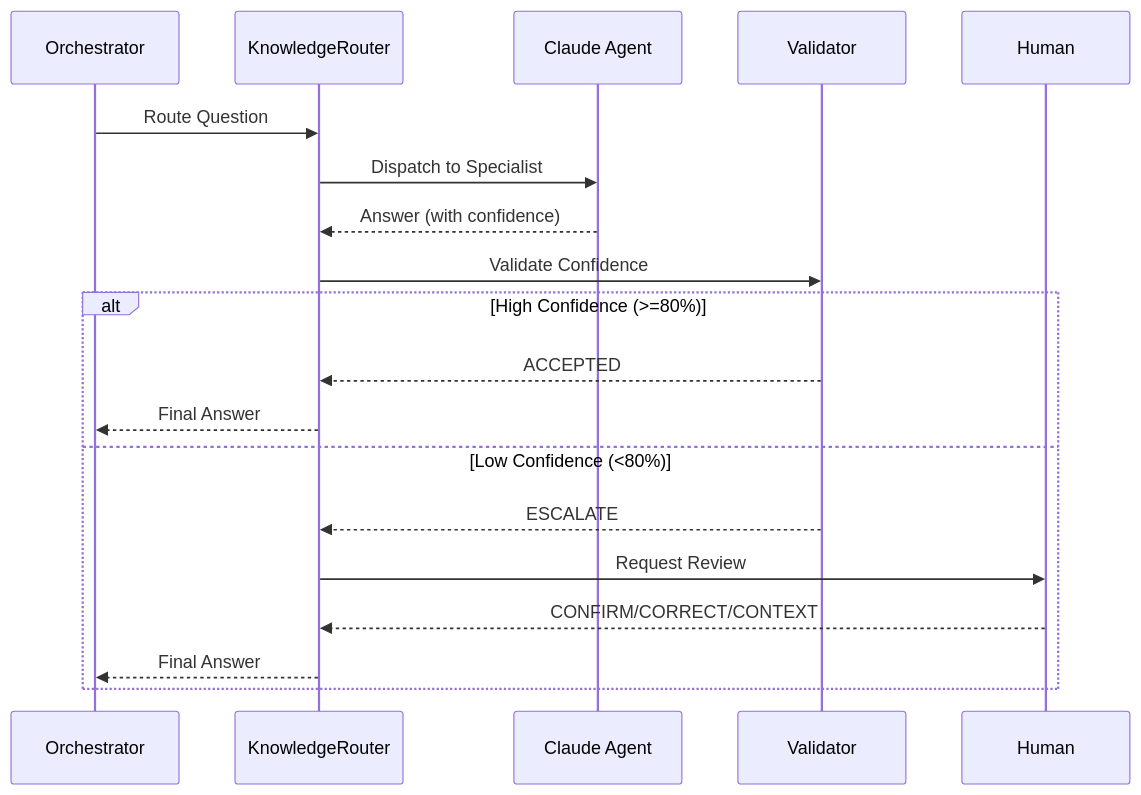
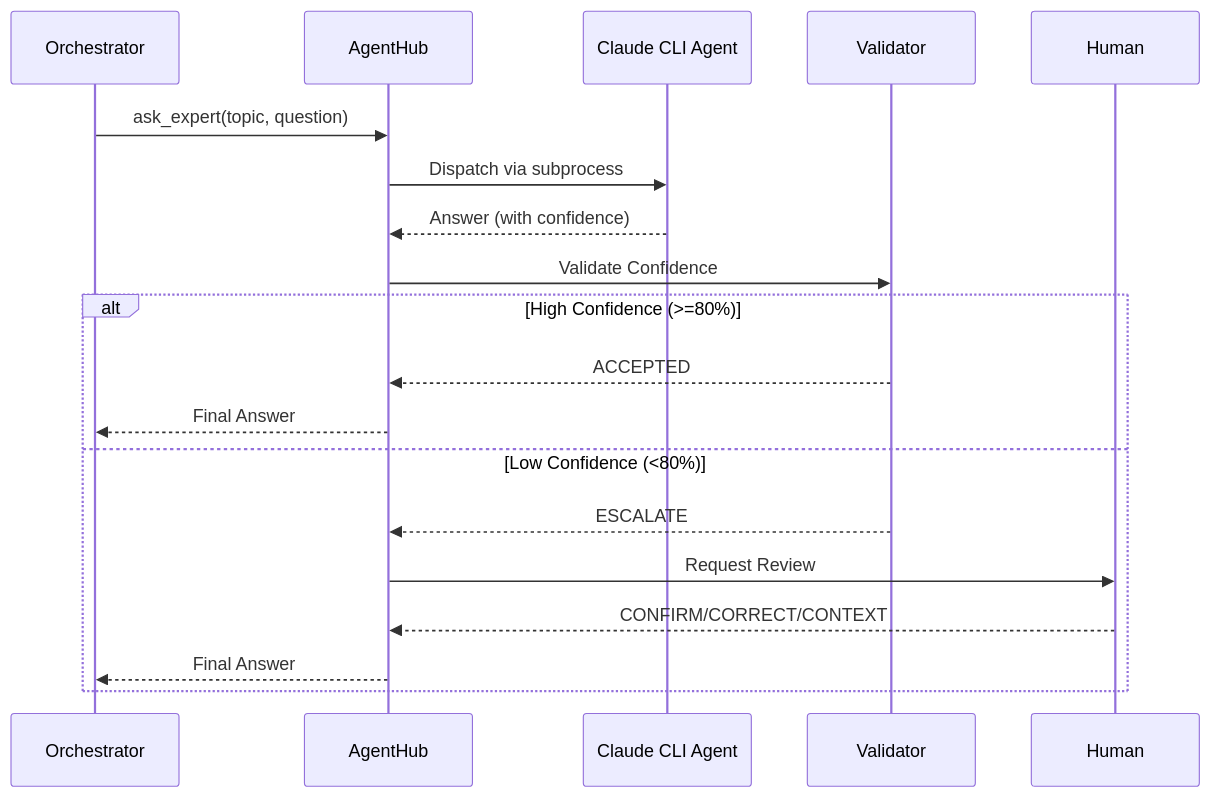
The second of 2 diagrams in docs/architecture/system-overview.md (farmer1st/farmer-code), drawn with Mermaid before and after one commit. The commit also changed other lines of this file and 195 other files, not shown here.

First line of the commit message:
feat: implement Services Architecture (Feature 008) (#8)

````diff
--- a/docs/architecture/system-overview.md
+++ b/docs/architecture/system-overview.md
@@ -127,22 +128,22 @@
 ```mermaid
 sequenceDiagram
     participant Orchestrator
-    participant Router as KnowledgeRouter
-    participant Agent as Claude Agent
+    participant Hub as AgentHub
+    participant Agent as Claude CLI Agent
     participant Validator
     participant Human
 
-    Orchestrator->>Router: Route Question
-    Router->>Agent: Dispatch to Specialist
-    Agent-->>Router: Answer (with confidence)
-    Router->>Validator: Validate Confidence
+    Orchestrator->>Hub: ask_expert(topic, question)
+    Hub->>Agent: Dispatch via subprocess
+    Agent-->>Hub: Answer (with confidence)
+    Hub->>Validator: Validate Confidence
     alt High Confidence (>=80%)
-        Validator-->>Router: ACCEPTED
-        Router-->>Orchestrator: Final Answer
+        Validator-->>Hub: ACCEPTED
+        Hub-->>Orchestrator: Final Answer
     else Low Confidence (<80%)
-        Validator-->>Router: ESCALATE
-        Router->>Human: Request Review
-        Human-->>Router: CONFIRM/CORRECT/CONTEXT
-        Router-->>Orchestrator: Final Answer
+        Validator-->>Hub: ESCALATE
+        Hub->>Human: Request Review
+        Human-->>Hub: CONFIRM/CORRECT/CONTEXT
+        Hub-->>Orchestrator: Final Answer
     end
 ```
````
